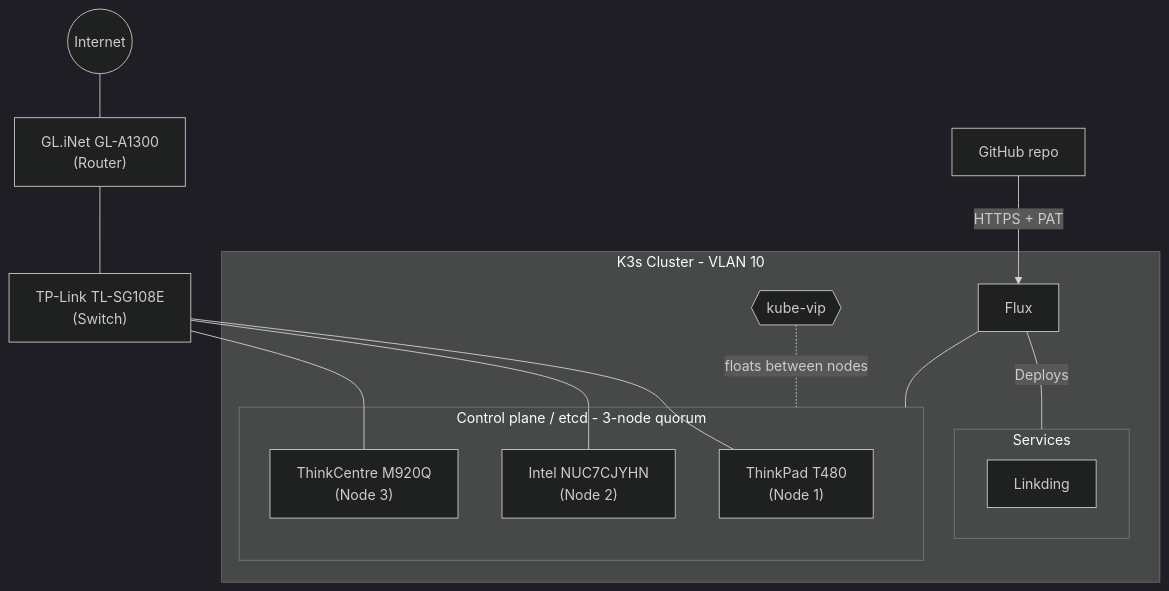
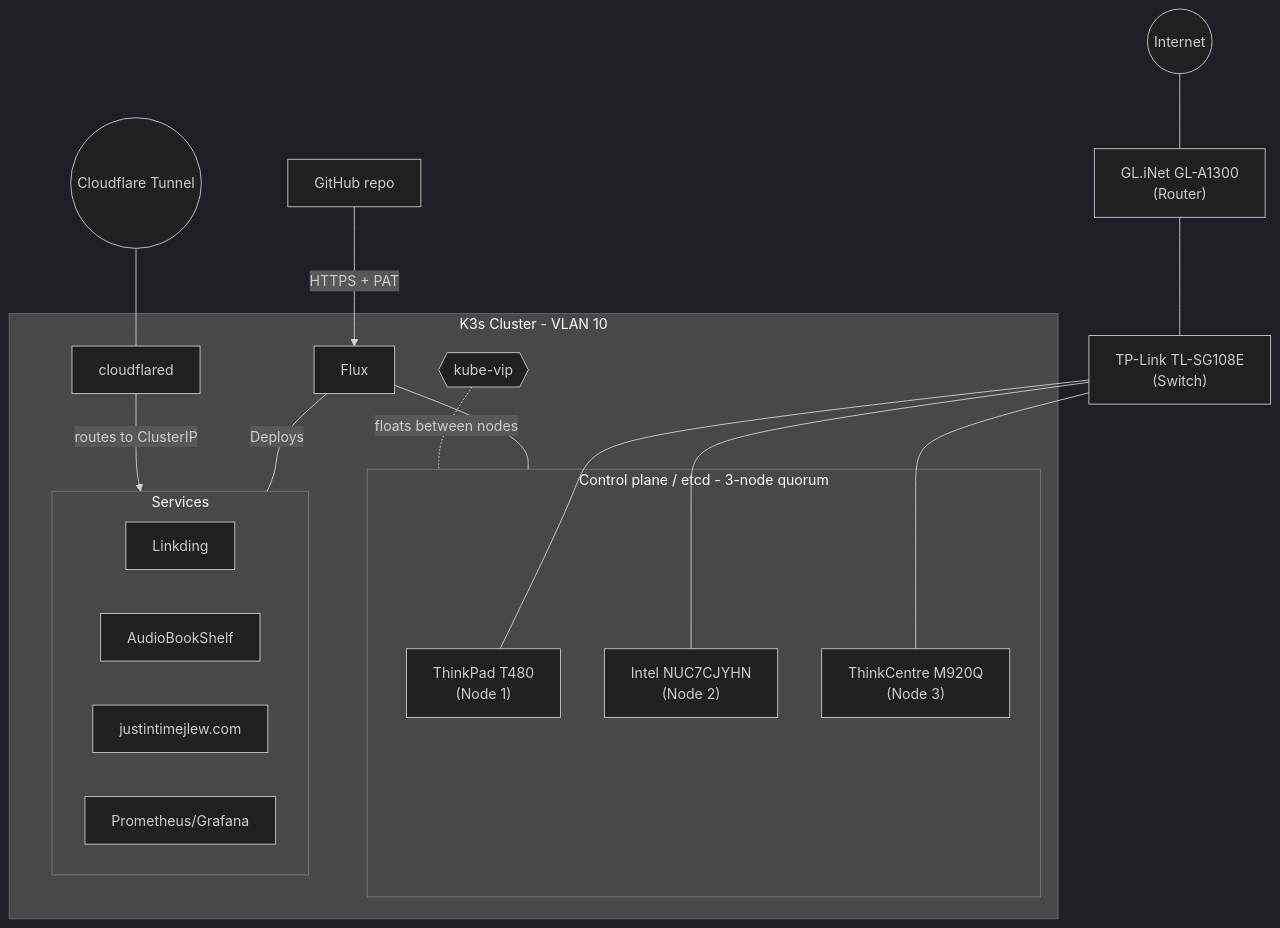
One commit to justintimejlew/homelab changed the diagram in README.md. Above: the diagram before and after it, drawn with Mermaid (dark theme). The commit also changed other lines of this file and 2 other files, not shown here.

Commit message:
feat: enhance README with Renovate automation details and add SVGs for Audiobookshelf and personal site

````diff
--- a/README.md
+++ b/README.md
@@ -34,34 +36,40 @@
 ```mermaid
 flowchart TB
     ISP((Internet))
     SW["TP-Link TL-SG108E
     (Switch)"]
     RTR["GL.iNet GL-A1300
     (Router)"]
     ISP --- RTR
     RTR --- SW
 
     subgraph K3S["K3s Cluster - VLAN 10"]
         VIP{{kube-vip}}
+        CF[cloudflared]
         subgraph CTRL["Control plane / etcd - 3-node quorum"]
             T480["ThinkPad T480
             (Node 1)"]
             NUC["Intel NUC7CJYHN
             (Node 2)"]
             M920["ThinkCentre M920Q
             (Node 3)"]
         end
         subgraph SVC["Services"]
             LD[Linkding]
+            ABS[AudioBookShelf]
+            SITE[justintimejlew.com]
+            MON[Prometheus/Grafana]
         end
         FLUX ---| Deploys | SVC
         FLUX --- CTRL
+        CF -->|routes to ClusterIP| SVC
     end
+    CFT((Cloudflare Tunnel)) --- CF
    
     SW --- T480
     SW --- NUC
     SW --- M920
 
     GH[GitHub repo] -->|HTTPS + PAT| FLUX[Flux]    
     VIP -.-|floats between nodes| CTRL
 ```
````
